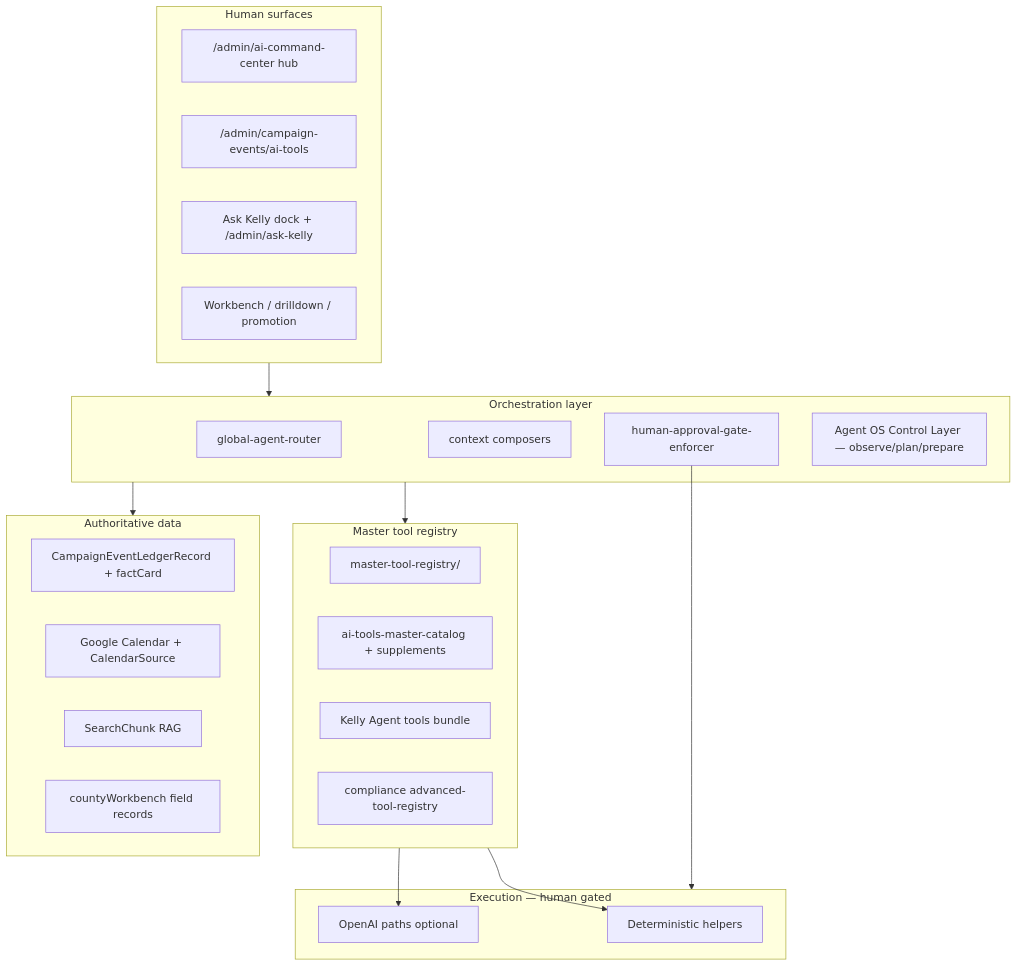
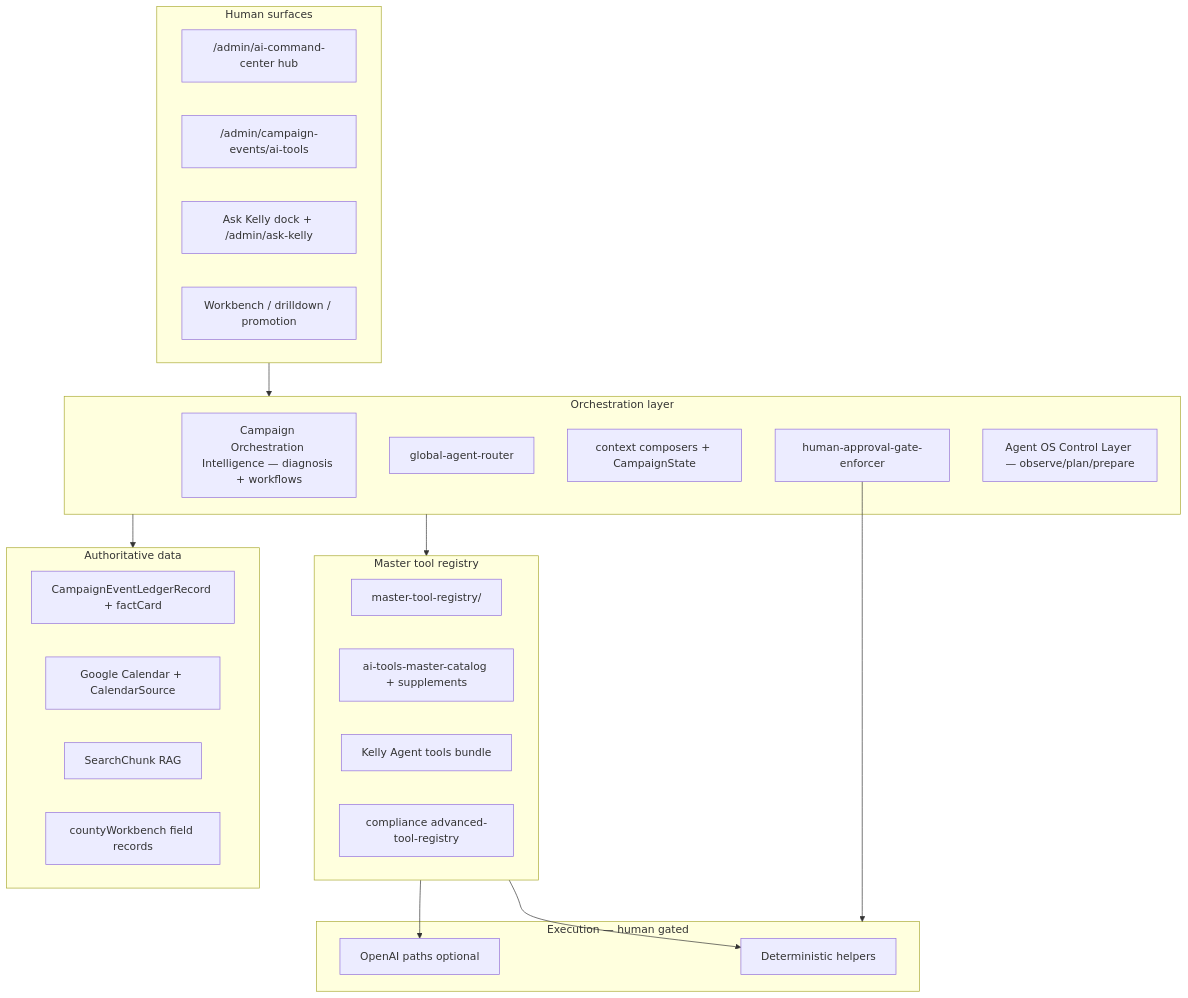
One commit to Grappe501/reddirt changed the first of 2 diagrams in docs/campaign-events/ALL_KNOWING_CAMPAIGN_AGENT_ARCHITECTURE.md. Above: the diagram before and after it, drawn with Mermaid. The commit also changed other lines of this file and 21 other files, not shown here.

First line of the commit message:
Planning: define Campaign Orchestration Intelligence Layer

````diff
--- a/docs/campaign-events/ALL_KNOWING_CAMPAIGN_AGENT_ARCHITECTURE.md
+++ b/docs/campaign-events/ALL_KNOWING_CAMPAIGN_AGENT_ARCHITECTURE.md
@@ -22,42 +24,43 @@
 ```mermaid
 flowchart TB
   subgraph human [Human surfaces]
     AIC["/admin/ai-command-center hub"]
     CEAI["/admin/campaign-events/ai-tools"]
     AK["Ask Kelly dock + /admin/ask-kelly"]
     WB["Workbench / drilldown / promotion"]
   end
 
   subgraph orchestration [Orchestration layer]
+    COI["Campaign Orchestration Intelligence — diagnosis + workflows"]
     RTR["global-agent-router"]
-    CTX["context composers"]
+    CTX["context composers + CampaignState"]
     GATE["human-approval-gate-enforcer"]
     OSCTL["Agent OS Control Layer — observe/plan/prepare"]
   end
 
   subgraph registry [Master tool registry]
     MTR["master-tool-registry/"]
     CAT["ai-tools-master-catalog + supplements"]
     KA["Kelly Agent tools bundle"]
     CMP["compliance advanced-tool-registry"]
   end
 
   subgraph data [Authoritative data]
     LEDGER["CampaignEventLedgerRecord + factCard"]
     GCAL["Google Calendar + CalendarSource"]
     CHUNK["SearchChunk RAG"]
     COUNTY["countyWorkbench field records"]
   end
 
   subgraph execution [Execution — human gated]
     DET["Deterministic helpers"]
     LLM["OpenAI paths optional"]
   end
 
   human --> orchestration
   orchestration --> registry
   orchestration --> data
   registry --> DET
   registry --> LLM
   GATE --> execution
 ```
````
